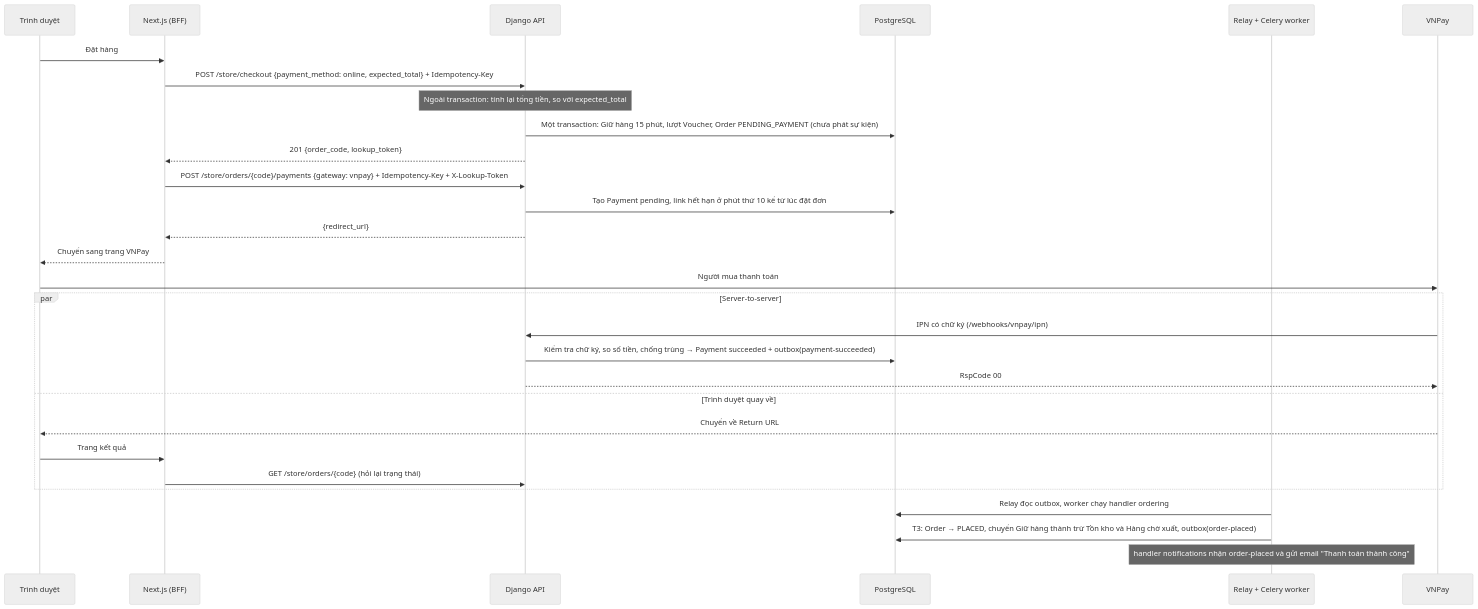
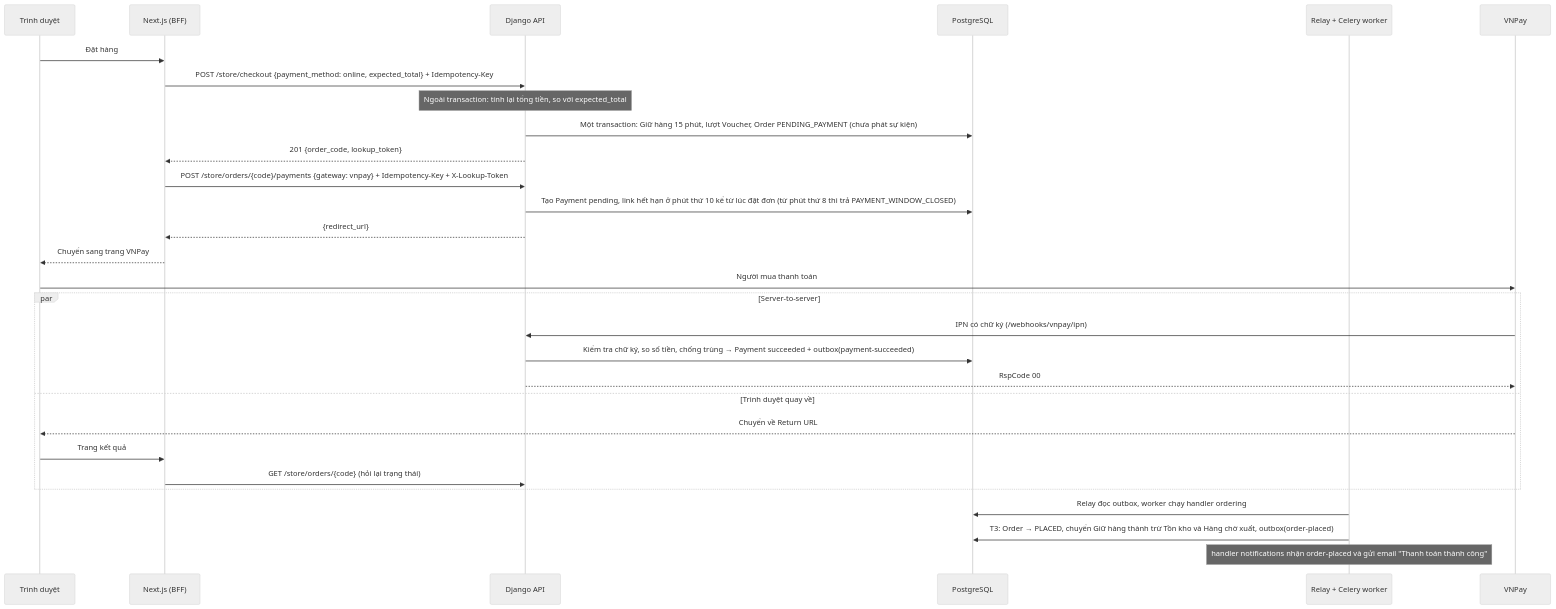
One commit to LuongCongThanh/boilerplate-ecommerce-next-16 changed the fourth of 4 diagrams in docs/architecture/01-system-context.md. Above: the diagram before and after it, drawn with Mermaid (neutral theme). The commit also changed other lines of this file and 7 other files, not shown here.

````diff
--- a/docs/architecture/01-system-context.md
+++ b/docs/architecture/01-system-context.md
@@ -144,32 +145,32 @@
 ```mermaid
 sequenceDiagram
     participant B as Trình duyệt
     participant N as Next.js (BFF)
     participant API as Django API
     participant DB as PostgreSQL
     participant R as Relay + Celery worker
     participant V as VNPay
 
     B->>N: Đặt hàng
     N->>API: POST /store/checkout {payment_method: online, expected_total} + Idempotency-Key
     Note over API: Ngoài transaction: tính lại tổng tiền, so với expected_total
     API->>DB: Một transaction: Giữ hàng 15 phút, lượt Voucher, Order PENDING_PAYMENT (chưa phát sự kiện)
     API-->>N: 201 {order_code, lookup_token}
     N->>API: POST /store/orders/{code}/payments {gateway: vnpay} + Idempotency-Key + X-Lookup-Token
-    API->>DB: Tạo Payment pending, link hết hạn ở phút thứ 10 kể từ lúc đặt đơn
+    API->>DB: Tạo Payment pending, link hết hạn ở phút thứ 10 kể từ lúc đặt đơn (từ phút thứ 8 thì trả PAYMENT_WINDOW_CLOSED)
     API-->>N: {redirect_url}
     N-->>B: Chuyển sang trang VNPay
     B->>V: Người mua thanh toán
     par Server-to-server
         V->>API: IPN có chữ ký (/webhooks/vnpay/ipn)
         API->>DB: Kiểm tra chữ ký, so số tiền, chống trùng → Payment succeeded + outbox(payment-succeeded)
         API-->>V: RspCode 00
     and Trình duyệt quay về
         V-->>B: Chuyển về Return URL
         B->>N: Trang kết quả
         N->>API: GET /store/orders/{code} (hỏi lại trạng thái)
     end
     R->>DB: Relay đọc outbox, worker chạy handler ordering
     R->>DB: T3: Order → PLACED, chuyển Giữ hàng thành trừ Tồn kho và Hàng chờ xuất, outbox(order-placed)
     Note over R: handler notifications nhận order-placed và gửi email "Thanh toán thành công"
 ```
````
